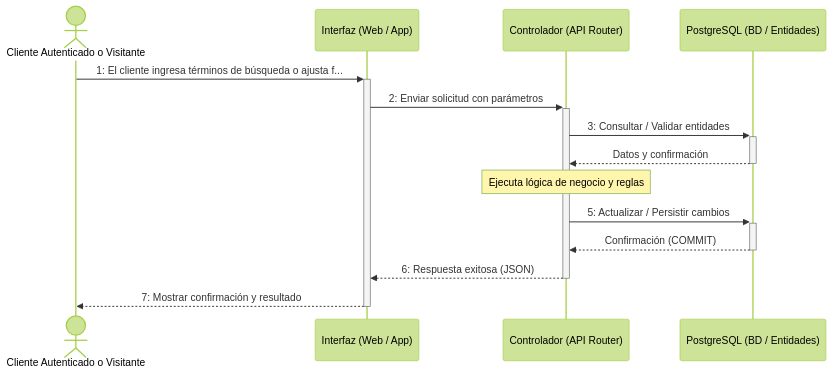
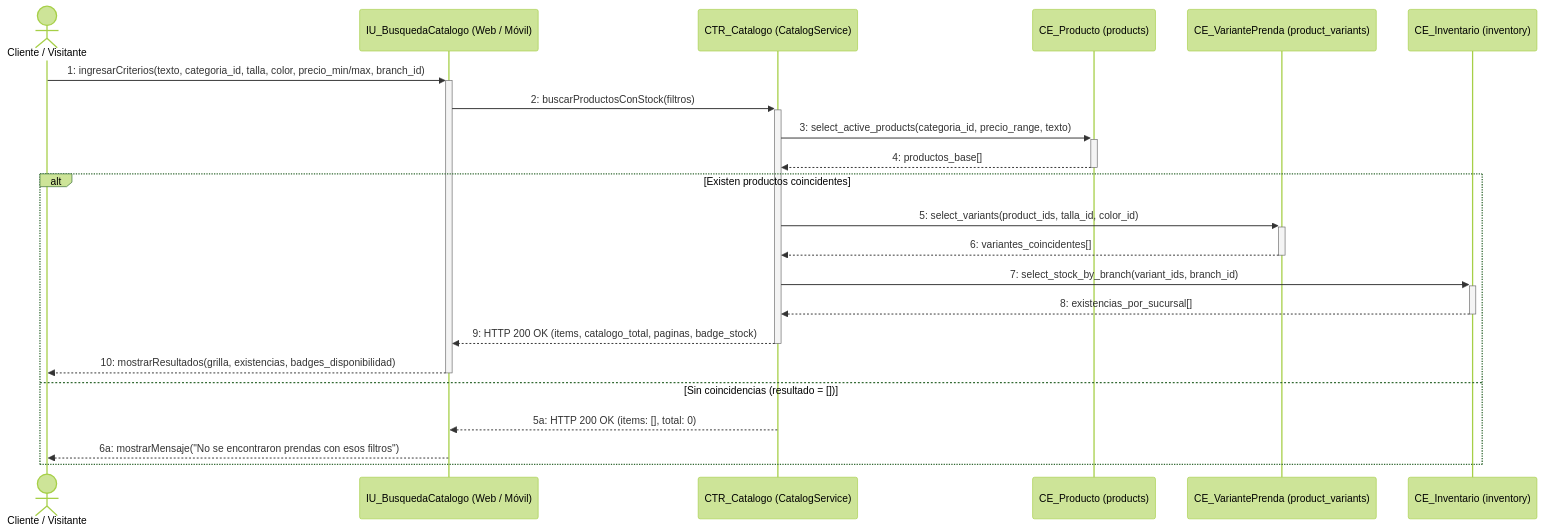
Before and after one commit to jc-larry/ecommerce: diagram 12 of 38 in documentos/DOCUMENTACION_40_CASOS_DE_USO_DIAGRAMAS_SECUENCIA.md, drawn with Mermaid (forest theme). The commit also changed other lines of this file and 148 other files, not shown here.

Commit message:
feat: persistencia de base de datos en despliegue, temporizador 5min checkout/paypal movil, vestidor virtual e informes de investigacion

````diff
--- a/documentos/DOCUMENTACION_40_CASOS_DE_USO_DIAGRAMAS_SECUENCIA.md
+++ b/documentos/DOCUMENTACION_40_CASOS_DE_USO_DIAGRAMAS_SECUENCIA.md
@@ -628,16 +625,25 @@
 ```mermaid
 sequenceDiagram
-    actor U as Cliente Autenticado o Visitante
-    participant IU as Interfaz (Web / App)
-    participant CTR as Controlador (API Router)
-    participant DB as PostgreSQL (BD / Entidades)
-    U->>+IU: 1: El cliente ingresa términos de búsqueda o ajusta f...
-    IU->>+CTR: 2: Enviar solicitud con parámetros
-    CTR->>+DB: 3: Consultar / Validar entidades
-    DB-->>-CTR: Datos y confirmación
-    Note over CTR: Ejecuta lógica de negocio y reglas
-    CTR->>+DB: 5: Actualizar / Persistir cambios
-    DB-->>-CTR: Confirmación (COMMIT)
-    CTR-->>-IU: 6: Respuesta exitosa (JSON)
-    IU-->>-U: 7: Mostrar confirmación y resultado
+    actor C as Cliente / Visitante
+    participant IU as IU_BusquedaCatalogo (Web / Móvil)
+    participant CTR as CTR_Catalogo (CatalogService)
+    participant CE_P as CE_Producto (products)
+    participant CE_V as CE_VariantePrenda (product_variants)
+    participant CE_I as CE_Inventario (inventory)
+
+    C->>+IU: 1: ingresarCriterios(texto, categoria_id, talla, color, precio_min/max, branch_id)
+    IU->>+CTR: 2: buscarProductosConStock(filtros)
+    CTR->>+CE_P: 3: select_active_products(categoria_id, precio_range, texto)
+    CE_P-->>-CTR: 4: productos_base[]
+    alt Existen productos coincidentes
+        CTR->>+CE_V: 5: select_variants(product_ids, talla_id, color_id)
+        CE_V-->>-CTR: 6: variantes_coincidentes[]
+        CTR->>+CE_I: 7: select_stock_by_branch(variant_ids, branch_id)
+        CE_I-->>-CTR: 8: existencias_por_sucursal[]
+        CTR-->>-IU: 9: HTTP 200 OK (items, catalogo_total, paginas, badge_stock)
+        IU-->>-C: 10: mostrarResultados(grilla, existencias, badges_disponibilidad)
+    else Sin coincidencias (resultado = [])
+        CTR-->>IU: 5a: HTTP 200 OK (items: [], total: 0)
+        IU-->>C: 6a: mostrarMensaje("No se encontraron prendas con esos filtros")
+    end
 ```
````
